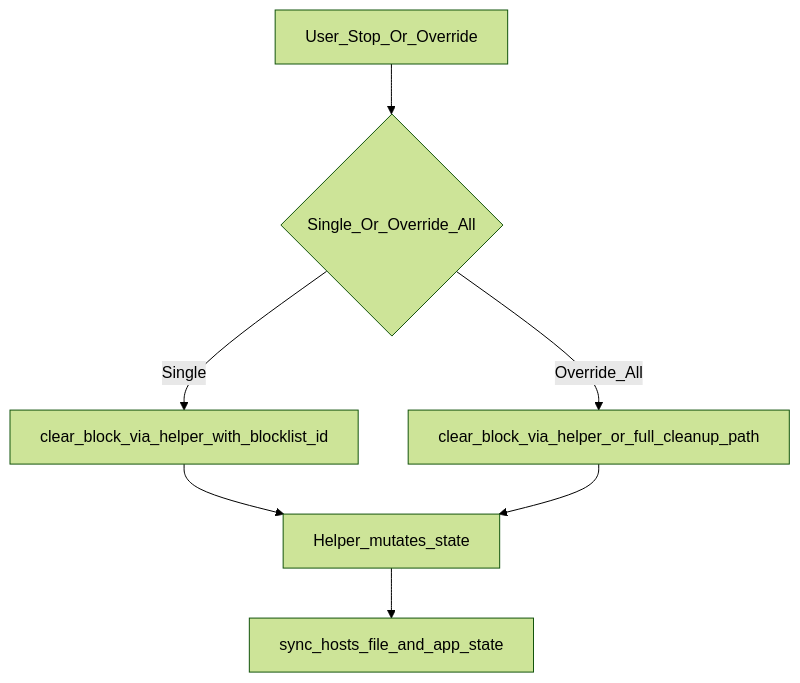
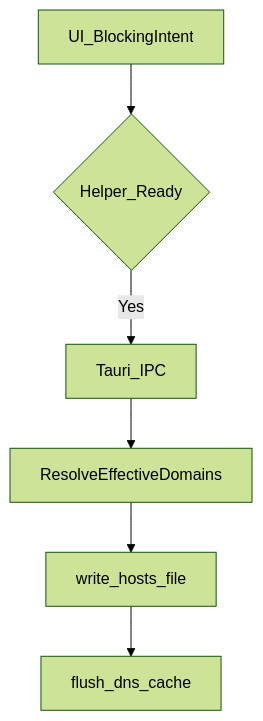
The fifth of 5 diagrams in architecture.md (kasnder/redd-block), drawn with Mermaid (forest theme) before and after one commit. The commit also changed other lines of this file and 7 other files, not shown here.

First line of the commit message:
Release v3.0.0 and rewrite architecture docs for the Automation era.

````diff
--- a/architecture.md
+++ b/architecture.md
@@ -730,9 +662,8 @@
 ```mermaid
 flowchart TD
-    A[User_Stop_Or_Override] --> B{Single_Or_Override_All}
-    B -->|Single| C[clear_block_via_helper_with_blocklist_id]
-    B -->|Override_All| D[clear_block_via_helper_or_full_cleanup_path]
-    C --> E[Helper_mutates_state]
-    D --> E
-    E --> F[sync_hosts_file_and_app_state]
+    intent[UI_BlockingIntent] --> ready{Helper_Ready}
+    ready -->|Yes| ipc[Tauri_IPC]
+    ipc --> merge[ResolveEffectiveDomains]
+    merge --> write[write_hosts_file]
+    write --> dns[flush_dns_cache]
 ```
````
